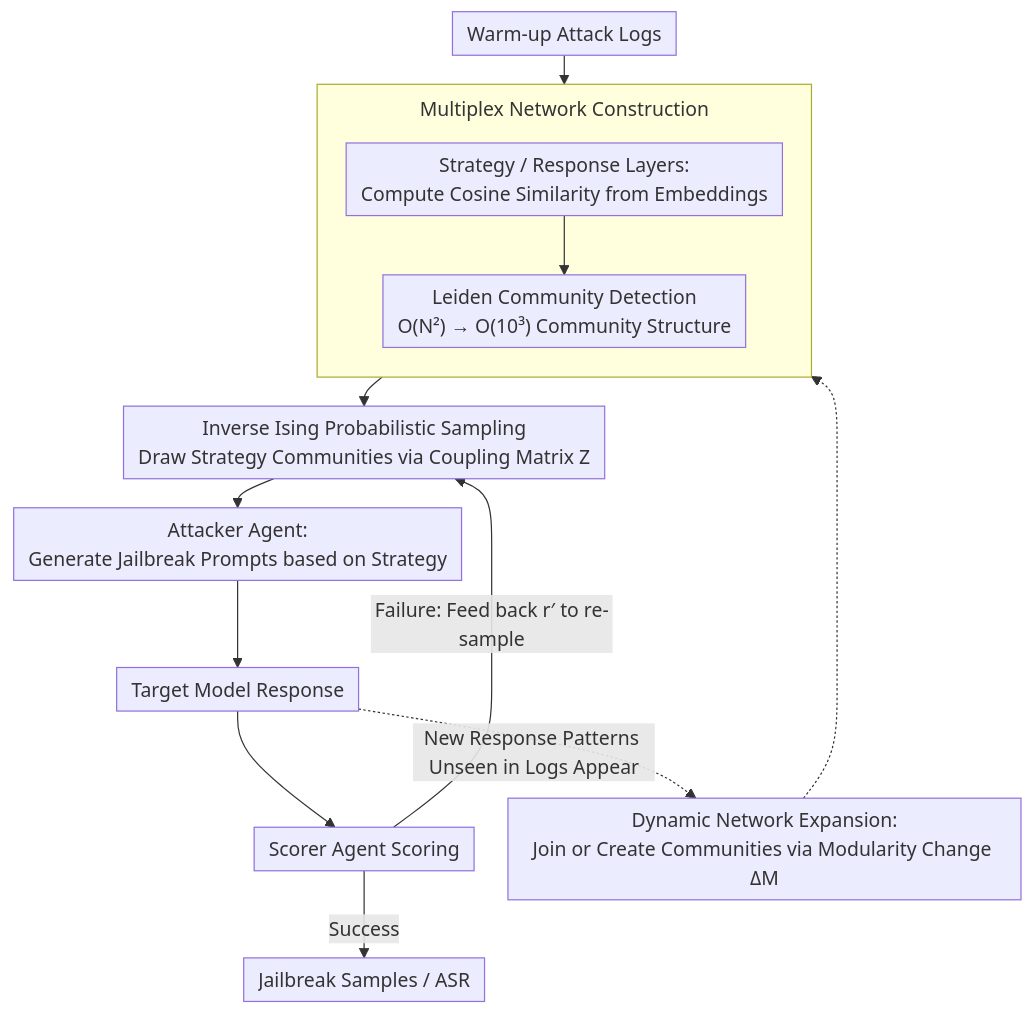
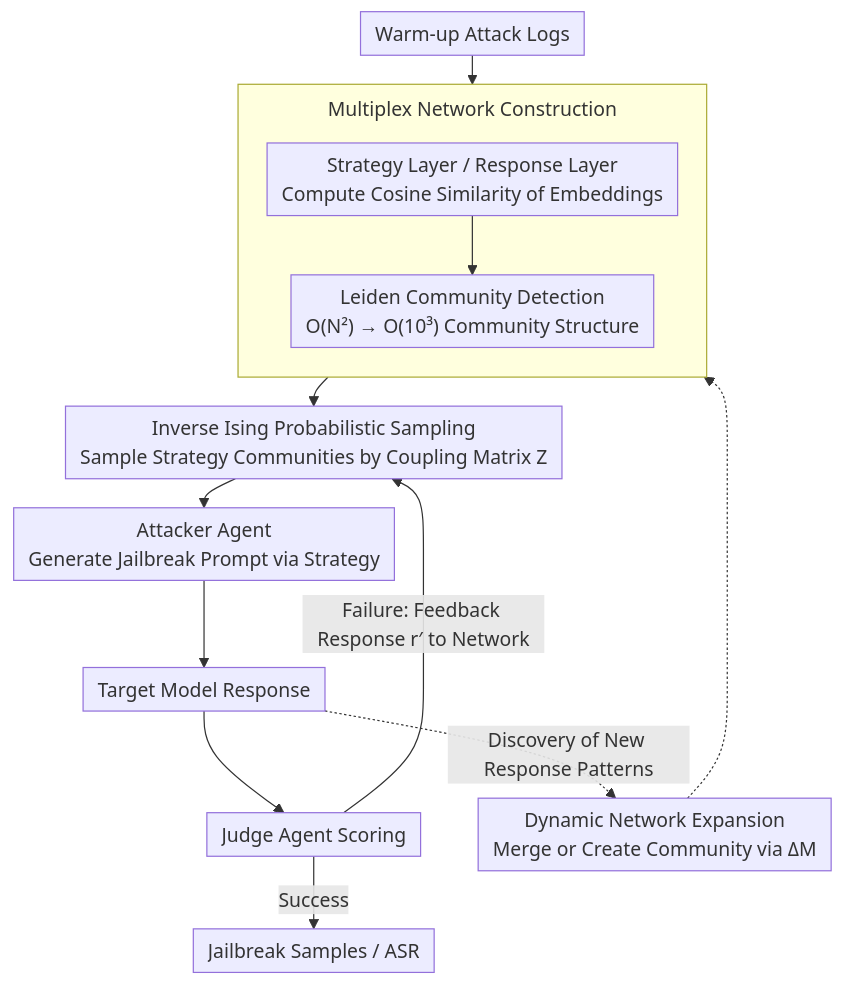
The diagram in docs/ACL2026/llm_safety/star-teaming_a_strategy-response_multiplex_network_approach_to_automated_llm_red.md (zhaoyang97/Paper-Notes-en), drawn with Mermaid before and after one commit. The commit also changed other lines of this file and 5084 other files, not shown here.

````diff
--- a/docs/ACL2026/llm_safety/star-teaming_a_strategy-response_multiplex_network_approach_to_automated_llm_red.md
+++ b/docs/ACL2026/llm_safety/star-teaming_a_strategy-response_multiplex_network_approach_to_automated_llm_red.md
@@ -42,17 +42,17 @@
 ```mermaid
 %%{init: {'flowchart': {'rankSpacing': 24, 'nodeSpacing': 28, 'padding': 6, 'wrappingWidth': 400, 'subGraphTitleMargin': {'top': 8, 'bottom': 16}}}}%%
 flowchart TD
     A["Warm-up Attack Logs"] --> NET
     subgraph NET["Multiplex Network Construction"]
         direction TB
-        B["Strategy / Response Layers:<br/>Compute Cosine Similarity from Embeddings"] --> C["Leiden Community Detection<br/>O(N²) → O(10³) Community Structure"]
+        B["Strategy Layer / Response Layer<br/>Compute Cosine Similarity of Embeddings"] --> C["Leiden Community Detection<br/>O(N²) → O(10³) Community Structure"]
     end
-    NET --> D["Inverse Ising Probabilistic Sampling<br/>Draw Strategy Communities via Coupling Matrix Z"]
-    D --> E["Attacker Agent:<br/>Generate Jailbreak Prompts based on Strategy"]
+    NET --> D["Inverse Ising Probabilistic Sampling<br/>Sample Strategy Communities by Coupling Matrix Z"]
+    D --> E["Attacker Agent<br/>Generate Jailbreak Prompt via Strategy"]
     E --> F["Target Model Response"]
-    F --> G["Scorer Agent Scoring"]
-    G -->|"Failure: Feed back r′ to re-sample"| D
+    F --> G["Judge Agent Scoring"]
+    G -->|"Failure: Feedback Response r′ to Network"| D
     G -->|"Success"| H["Jailbreak Samples / ASR"]
-    F -.->|"New Response Patterns Unseen in Logs Appear"| I["Dynamic Network Expansion:<br/>Join or Create Communities via Modularity Change ΔM"]
+    F -.->|"Discovery of New Response Patterns"| I["Dynamic Network Expansion<br/>Merge or Create Community via ΔM"]
     I -.-> NET
 ```
````
